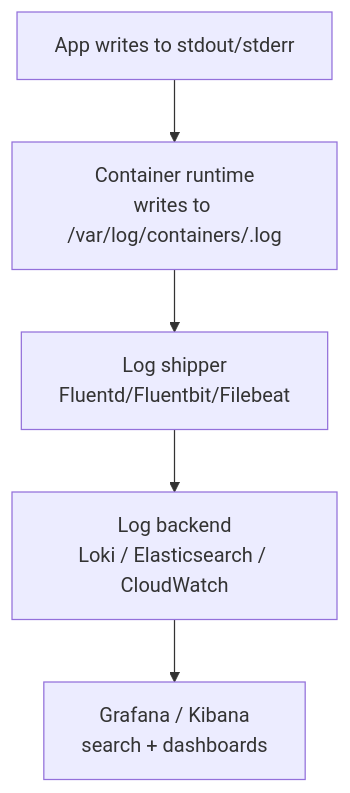
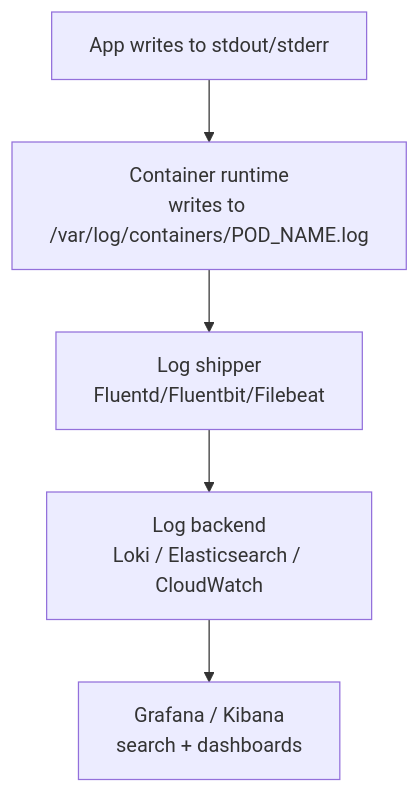
The third of 4 diagrams in 13-observability/monitoring-fundamentals.md (WhoisMonesh/K8S-Everything), drawn with Mermaid before and after one commit. The commit also changed other lines of this file and 78 other files, not shown here.

First line of the commit message:
Fix all Mermaid diagram syntax issues (96 diagrams, 75 files)

````diff
--- a/13-observability/monitoring-fundamentals.md
+++ b/13-observability/monitoring-fundamentals.md
@@ -106,7 +106,7 @@
 ```mermaid
 flowchart TD
-    A[App writes to stdout/stderr] --> B[Container runtime\nwrites to /var/log/containers/<pod>.log]
-    B --> C[Log shipper\nFluentd/Fluentbit/Filebeat]
-    C --> D[Log backend\nLoki / Elasticsearch / CloudWatch]
-    D --> E[Grafana / Kibana\nsearch + dashboards]
+    A[App writes to stdout/stderr] --> B[Container runtime<br/>writes to /var/log/containers/POD_NAME.log]
+    B --> C[Log shipper<br/>Fluentd/Fluentbit/Filebeat]
+    C --> D[Log backend<br/>Loki / Elasticsearch / CloudWatch]
+    D --> E[Grafana / Kibana<br/>search + dashboards]
 ```
````
